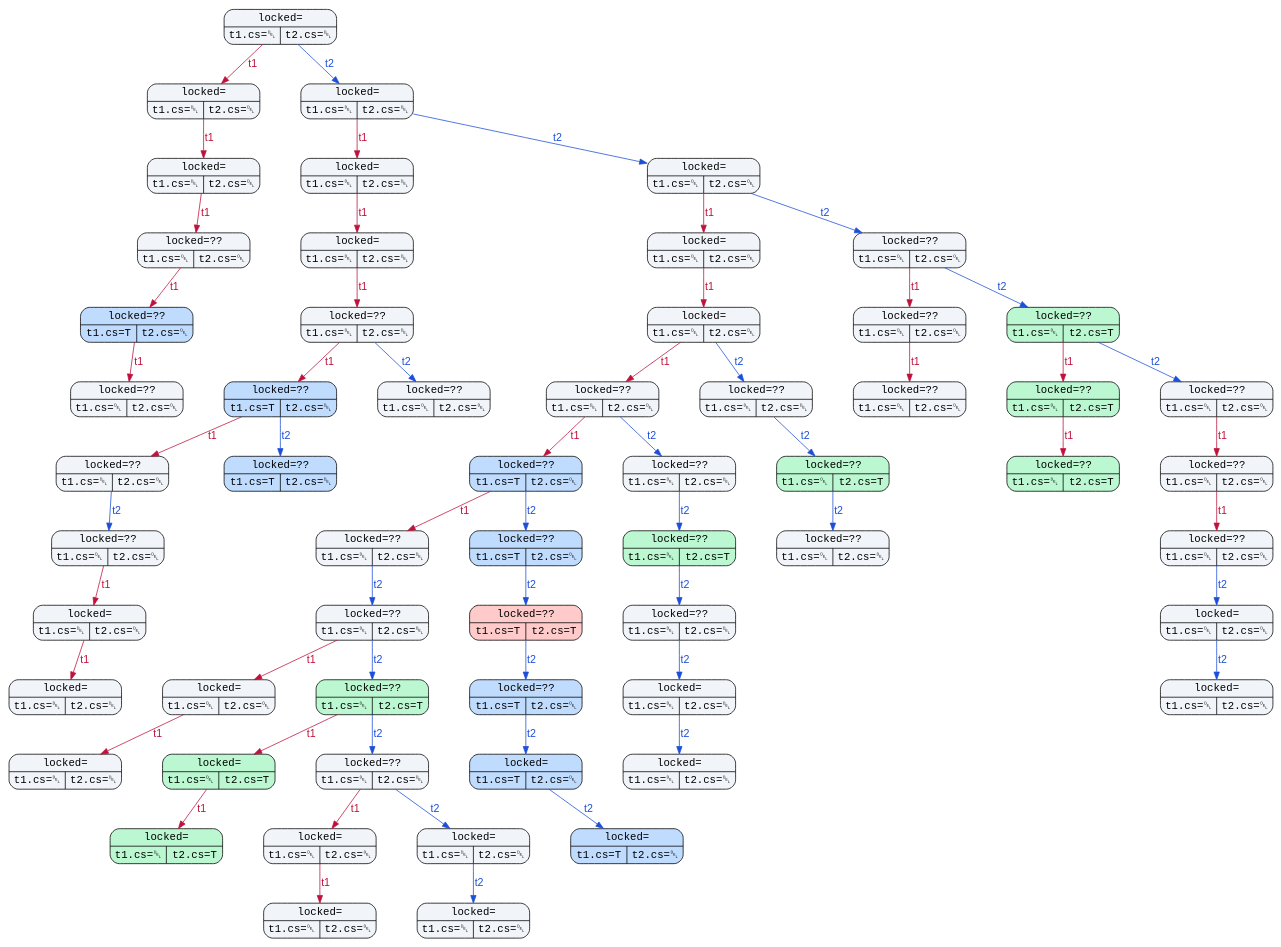
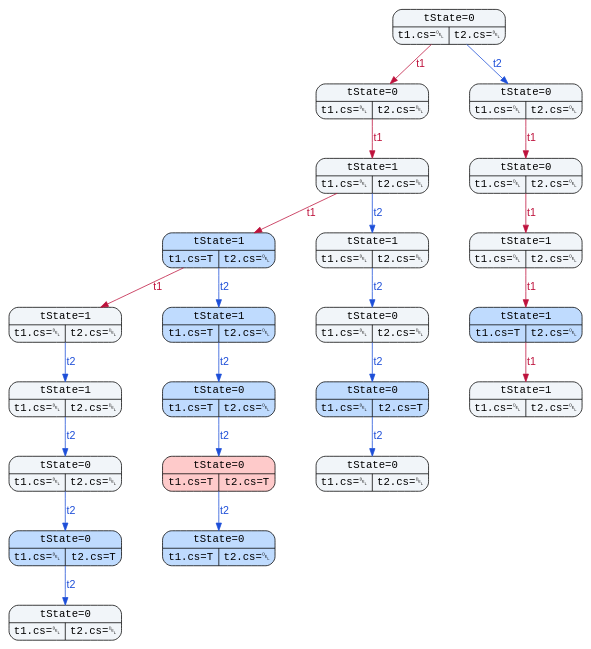
The diagram in class note/model/model-checker/a.gv (StormMapleleaf/operating-systems), drawn with Graphviz before and after one commit. The commit also changed 52 other files, not shown here.

```diff
--- a/class note/model/model-checker/a.gv
+++ b/class note/model/model-checker/a.gv
@@ -1,121 +1,49 @@
 digraph G {
 	graph [fontsize=12 layout=dot nodesep=0.75]
 	subgraph legend {
 		node [fontname="Courier New" shape=Mrecord style=filled]
-		s0 [label="{{locked=}|{{t1.cs=␡}|{t2.cs=␡}}}" fillcolor="#f1f5f9" id=s0]
-		s1 [label="{{locked=}|{{t1.cs=␡}|{t2.cs=␡}}}" fillcolor="#f1f5f9" id=s1]
-		s2 [label="{{locked=}|{{t1.cs=␡}|{t2.cs=␡}}}" fillcolor="#f1f5f9" id=s2]
-		s3 [label="{{locked=}|{{t1.cs=␡}|{t2.cs=␡}}}" fillcolor="#f1f5f9" id=s3]
-		s4 [label="{{locked=}|{{t1.cs=␡}|{t2.cs=␡}}}" fillcolor="#f1f5f9" id=s4]
-		s5 [label="{{locked=}|{{t1.cs=␡}|{t2.cs=␡}}}" fillcolor="#f1f5f9" id=s5]
-		s6 [label="{{locked=??}|{{t1.cs=␡}|{t2.cs=␡}}}" fillcolor="#f1f5f9" id=s6]
-		s7 [label="{{locked=}|{{t1.cs=␡}|{t2.cs=␡}}}" fillcolor="#f1f5f9" id=s7]
-		s8 [label="{{locked=}|{{t1.cs=␡}|{t2.cs=␡}}}" fillcolor="#f1f5f9" id=s8]
-		s9 [label="{{locked=??}|{{t1.cs=␡}|{t2.cs=␡}}}" fillcolor="#f1f5f9" id=s9]
-		s10 [label="{{locked=??}|{{t1.cs=T}|{t2.cs=␡}}}" fillcolor="#bfdbfe" id=s10]
-		s11 [label="{{locked=??}|{{t1.cs=␡}|{t2.cs=␡}}}" fillcolor="#f1f5f9" id=s11]
-		s12 [label="{{locked=}|{{t1.cs=␡}|{t2.cs=␡}}}" fillcolor="#f1f5f9" id=s12]
-		s13 [label="{{locked=??}|{{t1.cs=␡}|{t2.cs=␡}}}" fillcolor="#f1f5f9" id=s13]
-		s14 [label="{{locked=??}|{{t1.cs=␡}|{t2.cs=T}}}" fillcolor="#bbf7d0" id=s14]
-		s15 [label="{{locked=??}|{{t1.cs=␡}|{t2.cs=␡}}}" fillcolor="#f1f5f9" id=s15]
-		s16 [label="{{locked=??}|{{t1.cs=T}|{t2.cs=␡}}}" fillcolor="#bfdbfe" id=s16]
-		s17 [label="{{locked=??}|{{t1.cs=␡}|{t2.cs=␡}}}" fillcolor="#f1f5f9" id=s17]
-		s18 [label="{{locked=??}|{{t1.cs=␡}|{t2.cs=␡}}}" fillcolor="#f1f5f9" id=s18]
-		s19 [label="{{locked=??}|{{t1.cs=␡}|{t2.cs=␡}}}" fillcolor="#f1f5f9" id=s19]
-		s20 [label="{{locked=??}|{{t1.cs=␡}|{t2.cs=␡}}}" fillcolor="#f1f5f9" id=s20]
-		s21 [label="{{locked=??}|{{t1.cs=␡}|{t2.cs=T}}}" fillcolor="#bbf7d0" id=s21]
-		s22 [label="{{locked=??}|{{t1.cs=␡}|{t2.cs=␡}}}" fillcolor="#f1f5f9" id=s22]
-		s23 [label="{{locked=??}|{{t1.cs=␡}|{t2.cs=␡}}}" fillcolor="#f1f5f9" id=s23]
-		s24 [label="{{locked=??}|{{t1.cs=T}|{t2.cs=␡}}}" fillcolor="#bfdbfe" id=s24]
-		s25 [label="{{locked=??}|{{t1.cs=T}|{t2.cs=␡}}}" fillcolor="#bfdbfe" id=s25]
-		s26 [label="{{locked=??}|{{t1.cs=␡}|{t2.cs=␡}}}" fillcolor="#f1f5f9" id=s26]
-		s27 [label="{{locked=??}|{{t1.cs=␡}|{t2.cs=T}}}" fillcolor="#bbf7d0" id=s27]
-		s28 [label="{{locked=??}|{{t1.cs=␡}|{t2.cs=T}}}" fillcolor="#bbf7d0" id=s28]
-		s29 [label="{{locked=??}|{{t1.cs=␡}|{t2.cs=␡}}}" fillcolor="#f1f5f9" id=s29]
-		s30 [label="{{locked=??}|{{t1.cs=␡}|{t2.cs=␡}}}" fillcolor="#f1f5f9" id=s30]
-		s31 [label="{{locked=??}|{{t1.cs=␡}|{t2.cs=␡}}}" fillcolor="#f1f5f9" id=s31]
-		s32 [label="{{locked=??}|{{t1.cs=T}|{t2.cs=␡}}}" fillcolor="#bfdbfe" id=s32]
-		s33 [label="{{locked=??}|{{t1.cs=␡}|{t2.cs=T}}}" fillcolor="#bbf7d0" id=s33]
-		s34 [label="{{locked=??}|{{t1.cs=␡}|{t2.cs=␡}}}" fillcolor="#f1f5f9" id=s34]
-		s35 [label="{{locked=??}|{{t1.cs=␡}|{t2.cs=␡}}}" fillcolor="#f1f5f9" id=s35]
-		s36 [label="{{locked=}|{{t1.cs=␡}|{t2.cs=␡}}}" fillcolor="#f1f5f9" id=s36]
-		s37 [label="{{locked=??}|{{t1.cs=␡}|{t2.cs=␡}}}" fillcolor="#f1f5f9" id=s37]
-		s38 [label="{{locked=??}|{{t1.cs=T}|{t2.cs=T}}}" fillcolor="#fecaca" id=s38]
-		s39 [label="{{locked=??}|{{t1.cs=␡}|{t2.cs=␡}}}" fillcolor="#f1f5f9" id=s39]
-		s40 [label="{{locked=}|{{t1.cs=␡}|{t2.cs=␡}}}" fillcolor="#f1f5f9" id=s40]
-		s41 [label="{{locked=}|{{t1.cs=␡}|{t2.cs=␡}}}" fillcolor="#f1f5f9" id=s41]
-		s42 [label="{{locked=}|{{t1.cs=␡}|{t2.cs=␡}}}" fillcolor="#f1f5f9" id=s42]
-		s43 [label="{{locked=??}|{{t1.cs=␡}|{t2.cs=T}}}" fillcolor="#bbf7d0" id=s43]
-		s44 [label="{{locked=??}|{{t1.cs=T}|{t2.cs=␡}}}" fillcolor="#bfdbfe" id=s44]
-		s45 [label="{{locked=}|{{t1.cs=␡}|{t2.cs=␡}}}" fillcolor="#f1f5f9" id=s45]
-		s46 [label="{{locked=}|{{t1.cs=␡}|{t2.cs=␡}}}" fillcolor="#f1f5f9" id=s46]
-		s47 [label="{{locked=}|{{t1.cs=␡}|{t2.cs=␡}}}" fillcolor="#f1f5f9" id=s47]
-		s48 [label="{{locked=}|{{t1.cs=␡}|{t2.cs=T}}}" fillcolor="#bbf7d0" id=s48]
-		s49 [label="{{locked=??}|{{t1.cs=␡}|{t2.cs=␡}}}" fillcolor="#f1f5f9" id=s49]
-		s50 [label="{{locked=}|{{t1.cs=T}|{t2.cs=␡}}}" fillcolor="#bfdbfe" id=s50]
-		s51 [label="{{locked=}|{{t1.cs=␡}|{t2.cs=␡}}}" fillcolor="#f1f5f9" id=s51]
-		s52 [label="{{locked=}|{{t1.cs=␡}|{t2.cs=T}}}" fillcolor="#bbf7d0" id=s52]
-		s53 [label="{{locked=}|{{t1.cs=␡}|{t2.cs=␡}}}" fillcolor="#f1f5f9" id=s53]
-		s54 [label="{{locked=}|{{t1.cs=␡}|{t2.cs=␡}}}" fillcolor="#f1f5f9" id=s54]
-		s55 [label="{{locked=}|{{t1.cs=T}|{t2.cs=␡}}}" fillcolor="#bfdbfe" id=s55]
-		s56 [label="{{locked=}|{{t1.cs=␡}|{t2.cs=␡}}}" fillcolor="#f1f5f9" id=s56]
-		s57 [label="{{locked=}|{{t1.cs=␡}|{t2.cs=␡}}}" fillcolor="#f1f5f9" id=s57]
+		s0 [label="{{tState=0}|{{t1.cs=␡}|{t2.cs=␡}}}" fillcolor="#f1f5f9" id=s0]
+		s1 [label="{{tState=0}|{{t1.cs=␡}|{t2.cs=␡}}}" fillcolor="#f1f5f9" id=s1]
+		s2 [label="{{tState=0}|{{t1.cs=␡}|{t2.cs=␡}}}" fillcolor="#f1f5f9" id=s2]
+		s3 [label="{{tState=1}|{{t1.cs=␡}|{t2.cs=␡}}}" fillcolor="#f1f5f9" id=s3]
+		s4 [label="{{tState=0}|{{t1.cs=␡}|{t2.cs=␡}}}" fillcolor="#f1f5f9" id=s4]
+		s5 [label="{{tState=1}|{{t1.cs=T}|{t2.cs=␡}}}" fillcolor="#bfdbfe" id=s5]
+		s6 [label="{{tState=1}|{{t1.cs=␡}|{t2.cs=␡}}}" fillcolor="#f1f5f9" id=s6]
+		s7 [label="{{tState=1}|{{t1.cs=␡}|{t2.cs=␡}}}" fillcolor="#f1f5f9" id=s7]
+		s8 [label="{{tState=1}|{{t1.cs=␡}|{t2.cs=␡}}}" fillcolor="#f1f5f9" id=s8]
+		s9 [label="{{tState=1}|{{t1.cs=T}|{t2.cs=␡}}}" fillcolor="#bfdbfe" id=s9]
+		s10 [label="{{tState=0}|{{t1.cs=␡}|{t2.cs=␡}}}" fillcolor="#f1f5f9" id=s10]
+		s11 [label="{{tState=1}|{{t1.cs=T}|{t2.cs=␡}}}" fillcolor="#bfdbfe" id=s11]
+		s12 [label="{{tState=1}|{{t1.cs=␡}|{t2.cs=␡}}}" fillcolor="#f1f5f9" id=s12]
+		s13 [label="{{tState=0}|{{t1.cs=T}|{t2.cs=␡}}}" fillcolor="#bfdbfe" id=s13]
+		s14 [label="{{tState=0}|{{t1.cs=␡}|{t2.cs=T}}}" fillcolor="#bfdbfe" id=s14]
+		s15 [label="{{tState=1}|{{t1.cs=␡}|{t2.cs=␡}}}" fillcolor="#f1f5f9" id=s15]
+		s16 [label="{{tState=0}|{{t1.cs=␡}|{t2.cs=␡}}}" fillcolor="#f1f5f9" id=s16]
+		s17 [label="{{tState=0}|{{t1.cs=T}|{t2.cs=T}}}" fillcolor="#fecaca" id=s17]
+		s18 [label="{{tState=0}|{{t1.cs=␡}|{t2.cs=␡}}}" fillcolor="#f1f5f9" id=s18]
+		s19 [label="{{tState=0}|{{t1.cs=␡}|{t2.cs=T}}}" fillcolor="#bfdbfe" id=s19]
+		s20 [label="{{tState=0}|{{t1.cs=T}|{t2.cs=␡}}}" fillcolor="#bfdbfe" id=s20]
+		s21 [label="{{tState=0}|{{t1.cs=␡}|{t2.cs=␡}}}" fillcolor="#f1f5f9" id=s21]
 		s0 -> s2 [label=t2 color="#1d4ed8" fontcolor="#1d4ed8" fontname=Helvetica id="s0-s2"]
-		s2 -> s5 [label=t2 color="#1d4ed8" fontcolor="#1d4ed8" fontname=Helvetica id="s2-s5"]
-		s5 -> s9 [label=t2 color="#1d4ed8" fontcolor="#1d4ed8" fontname=Helvetica id="s5-s9"]
-		s9 -> s14 [label=t2 color="#1d4ed8" fontcolor="#1d4ed8" fontname=Helvetica id="s9-s14"]
-		s14 -> s22 [label=t2 color="#1d4ed8" fontcolor="#1d4ed8" fontname=Helvetica id="s14-s22"]
 		s0 -> s1 [label=t1 color="#be123c" fontcolor="#be123c" fontname=Helvetica id="s0-s1"]
 		s1 -> s3 [label=t1 color="#be123c" fontcolor="#be123c" fontname=Helvetica id="s1-s3"]
 		s2 -> s4 [label=t1 color="#be123c" fontcolor="#be123c" fontname=Helvetica id="s2-s4"]
-		s3 -> s6 [label=t1 color="#be123c" fontcolor="#be123c" fontname=Helvetica id="s3-s6"]
+		s3 -> s5 [label=t1 color="#be123c" fontcolor="#be123c" fontname=Helvetica id="s3-s5"]
 		s4 -> s7 [label=t1 color="#be123c" fontcolor="#be123c" fontname=Helvetica id="s4-s7"]
 		s5 -> s8 [label=t1 color="#be123c" fontcolor="#be123c" fontname=Helvetica id="s5-s8"]
-		s6 -> s10 [label=t1 color="#be123c" fontcolor="#be123c" fontname=Helvetica id="s6-s10"]
 		s7 -> s11 [label=t1 color="#be123c" fontcolor="#be123c" fontname=Helvetica id="s7-s11"]
-		s8 -> s12 [label=t1 color="#be123c" fontcolor="#be123c" fontname=Helvetica id="s8-s12"]
-		s9 -> s13 [label=t1 color="#be123c" fontcolor="#be123c" fontname=Helvetica id="s9-s13"]
-		s10 -> s15 [label=t1 color="#be123c" fontcolor="#be123c" fontname=Helvetica id="s10-s15"]
-		s11 -> s16 [label=t1 color="#be123c" fontcolor="#be123c" fontname=Helvetica id="s11-s16"]
-		s12 -> s18 [label=t1 color="#be123c" fontcolor="#be123c" fontname=Helvetica id="s12-s18"]
-		s13 -> s20 [label=t1 color="#be123c" fontcolor="#be123c" fontname=Helvetica id="s13-s20"]
-		s14 -> s21 [label=t1 color="#be123c" fontcolor="#be123c" fontname=Helvetica id="s14-s21"]
-		s16 -> s23 [label=t1 color="#be123c" fontcolor="#be123c" fontname=Helvetica id="s16-s23"]
-		s18 -> s25 [label=t1 color="#be123c" fontcolor="#be123c" fontname=Helvetica id="s18-s25"]
-		s21 -> s28 [label=t1 color="#be123c" fontcolor="#be123c" fontname=Helvetica id="s21-s28"]
-		s22 -> s29 [label=t1 color="#be123c" fontcolor="#be123c" fontname=Helvetica id="s22-s29"]
-		s25 -> s31 [label=t1 color="#be123c" fontcolor="#be123c" fontname=Helvetica id="s25-s31"]
-		s29 -> s35 [label=t1 color="#be123c" fontcolor="#be123c" fontname=Helvetica id="s29-s35"]
-		s11 -> s17 [label=t2 color="#1d4ed8" fontcolor="#1d4ed8" fontname=Helvetica id="s11-s17"]
-		s12 -> s19 [label=t2 color="#1d4ed8" fontcolor="#1d4ed8" fontname=Helvetica id="s12-s19"]
-		s16 -> s24 [label=t2 color="#1d4ed8" fontcolor="#1d4ed8" fontname=Helvetica id="s16-s24"]
-		s18 -> s26 [label=t2 color="#1d4ed8" fontcolor="#1d4ed8" fontname=Helvetica id="s18-s26"]
-		s19 -> s27 [label=t2 color="#1d4ed8" fontcolor="#1d4ed8" fontname=Helvetica id="s19-s27"]
-		s23 -> s30 [label=t2 color="#1d4ed8" fontcolor="#1d4ed8" fontname=Helvetica id="s23-s30"]
-		s25 -> s32 [label=t2 color="#1d4ed8" fontcolor="#1d4ed8" fontname=Helvetica id="s25-s32"]
-		s26 -> s33 [label=t2 color="#1d4ed8" fontcolor="#1d4ed8" fontname=Helvetica id="s26-s33"]
-		s27 -> s34 [label=t2 color="#1d4ed8" fontcolor="#1d4ed8" fontname=Helvetica id="s27-s34"]
-		s31 -> s37 [label=t2 color="#1d4ed8" fontcolor="#1d4ed8" fontname=Helvetica id="s31-s37"]
-		s32 -> s38 [label=t2 color="#1d4ed8" fontcolor="#1d4ed8" fontname=Helvetica id="s32-s38"]
-		s33 -> s39 [label=t2 color="#1d4ed8" fontcolor="#1d4ed8" fontname=Helvetica id="s33-s39"]
-		s35 -> s40 [label=t2 color="#1d4ed8" fontcolor="#1d4ed8" fontname=Helvetica id="s35-s40"]
-		s37 -> s43 [label=t2 color="#1d4ed8" fontcolor="#1d4ed8" fontname=Helvetica id="s37-s43"]
-		s38 -> s44 [label=t2 color="#1d4ed8" fontcolor="#1d4ed8" fontname=Helvetica id="s38-s44"]
-		s39 -> s45 [label=t2 color="#1d4ed8" fontcolor="#1d4ed8" fontname=Helvetica id="s39-s45"]
-		s40 -> s46 [label=t2 color="#1d4ed8" fontcolor="#1d4ed8" fontname=Helvetica id="s40-s46"]
-		s43 -> s49 [label=t2 color="#1d4ed8" fontcolor="#1d4ed8" fontname=Helvetica id="s43-s49"]
-		s44 -> s50 [label=t2 color="#1d4ed8" fontcolor="#1d4ed8" fontname=Helvetica id="s44-s50"]
-		s45 -> s51 [label=t2 color="#1d4ed8" fontcolor="#1d4ed8" fontname=Helvetica id="s45-s51"]
-		s49 -> s54 [label=t2 color="#1d4ed8" fontcolor="#1d4ed8" fontname=Helvetica id="s49-s54"]
-		s50 -> s55 [label=t2 color="#1d4ed8" fontcolor="#1d4ed8" fontname=Helvetica id="s50-s55"]
-		s54 -> s57 [label=t2 color="#1d4ed8" fontcolor="#1d4ed8" fontname=Helvetica id="s54-s57"]
-		s30 -> s36 [label=t1 color="#be123c" fontcolor="#be123c" fontname=Helvetica id="s30-s36"]
-		s36 -> s41 [label=t1 color="#be123c" fontcolor="#be123c" fontname=Helvetica id="s36-s41"]
-		s37 -> s42 [label=t1 color="#be123c" fontcolor="#be123c" fontname=Helvetica id="s37-s42"]
-		s42 -> s47 [label=t1 color="#be123c" fontcolor="#be123c" fontname=Helvetica id="s42-s47"]
-		s43 -> s48 [label=t1 color="#be123c" fontcolor="#be123c" fontname=Helvetica id="s43-s48"]
-		s48 -> s52 [label=t1 color="#be123c" fontcolor="#be123c" fontname=Helvetica id="s48-s52"]
-		s49 -> s53 [label=t1 color="#be123c" fontcolor="#be123c" fontname=Helvetica id="s49-s53"]
-		s53 -> s56 [label=t1 color="#be123c" fontcolor="#be123c" fontname=Helvetica id="s53-s56"]
+		s11 -> s15 [label=t1 color="#be123c" fontcolor="#be123c" fontname=Helvetica id="s11-s15"]
+		s3 -> s6 [label=t2 color="#1d4ed8" fontcolor="#1d4ed8" fontname=Helvetica id="s3-s6"]
+		s5 -> s9 [label=t2 color="#1d4ed8" fontcolor="#1d4ed8" fontname=Helvetica id="s5-s9"]
+		s6 -> s10 [label=t2 color="#1d4ed8" fontcolor="#1d4ed8" fontname=Helvetica id="s6-s10"]
+		s8 -> s12 [label=t2 color="#1d4ed8" fontcolor="#1d4ed8" fontname=Helvetica id="s8-s12"]
+		s9 -> s13 [label=t2 color="#1d4ed8" fontcolor="#1d4ed8" fontname=Helvetica id="s9-s13"]
+		s10 -> s14 [label=t2 color="#1d4ed8" fontcolor="#1d4ed8" fontname=Helvetica id="s10-s14"]
+		s12 -> s16 [label=t2 color="#1d4ed8" fontcolor="#1d4ed8" fontname=Helvetica id="s12-s16"]
+		s13 -> s17 [label=t2 color="#1d4ed8" fontcolor="#1d4ed8" fontname=Helvetica id="s13-s17"]
+		s14 -> s18 [label=t2 color="#1d4ed8" fontcolor="#1d4ed8" fontname=Helvetica id="s14-s18"]
+		s16 -> s19 [label=t2 color="#1d4ed8" fontcolor="#1d4ed8" fontname=Helvetica id="s16-s19"]
+		s17 -> s20 [label=t2 color="#1d4ed8" fontcolor="#1d4ed8" fontname=Helvetica id="s17-s20"]
+		s19 -> s21 [label=t2 color="#1d4ed8" fontcolor="#1d4ed8" fontname=Helvetica id="s19-s21"]
 	}
 }
```
